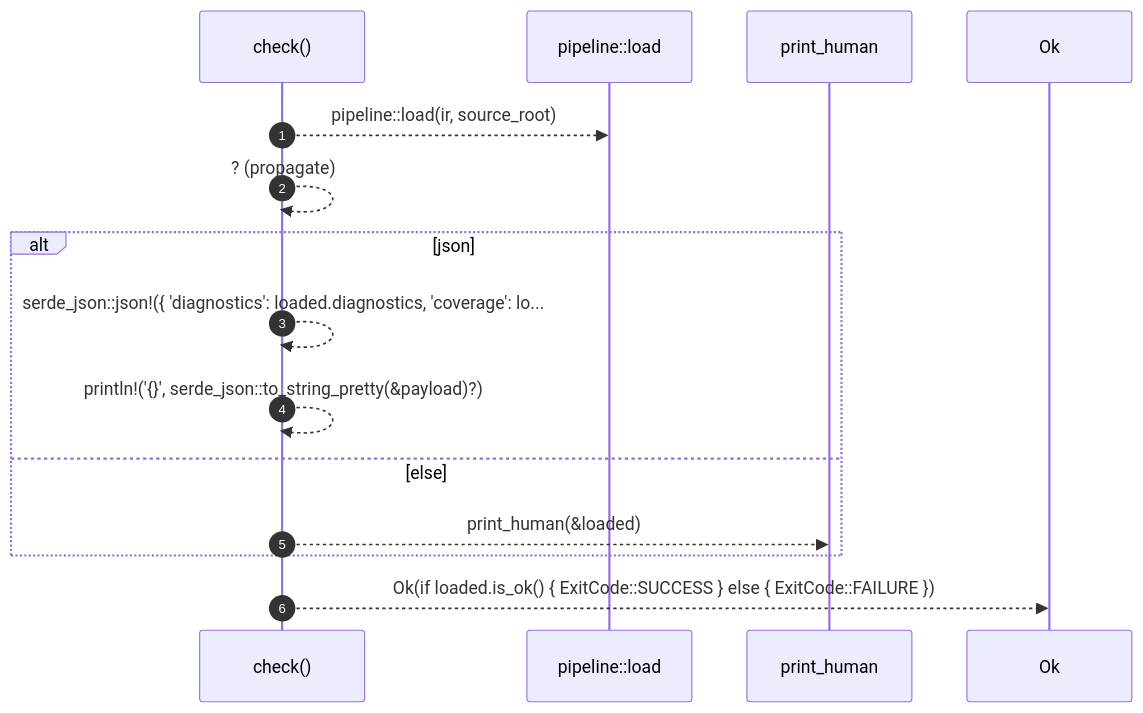
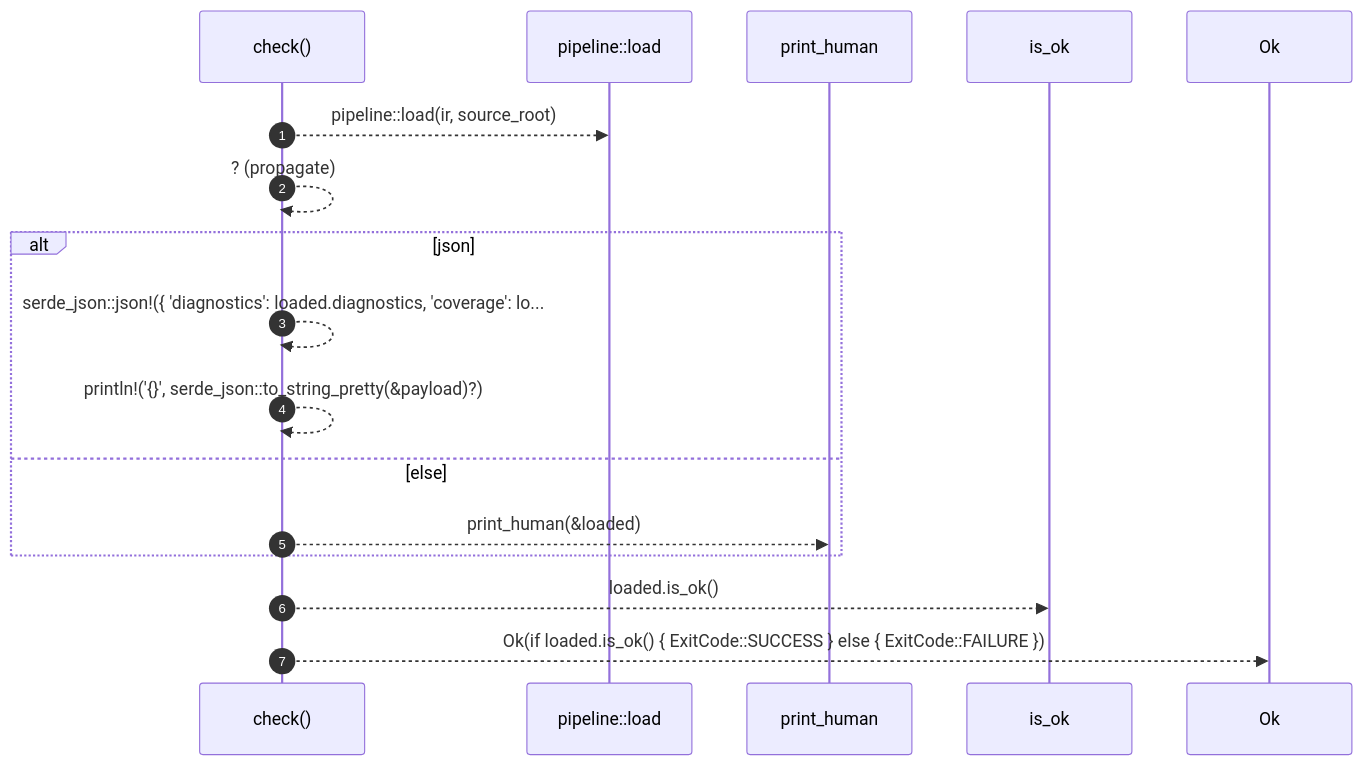
One commit to RyanGuild/self-describing-code changed the diagram in .robby/diagrams/seq-rust-robby-cli-check.mmd. Above: the diagram before and after it, drawn with Mermaid. The commit also changed 1404 other files, not shown here.

```diff
--- a/.robby/diagrams/seq-rust-robby-cli-check.mmd
+++ b/.robby/diagrams/seq-rust-robby-cli-check.mmd
@@ -1,15 +1,17 @@
 sequenceDiagram
     autonumber
     participant check as check()
     participant pipeline__load as pipeline::load
     participant print_human as print_human
+    participant is_ok as is_ok
     participant Ok as Ok
     check-->>pipeline__load: pipeline::load(ir, source_root)
     check-->>check: ? (propagate)
     alt json
     check-->>check: serde_json::json!({ 'diagnostics': loaded.diagnostics, 'coverage': lo...
     check-->>check: println!('{}', serde_json::to_string_pretty(&payload)?)
     else else
     check-->>print_human: print_human(&loaded)
     end
+    check-->>is_ok: loaded.is_ok()
     check-->>Ok: Ok(if loaded.is_ok() { ExitCode::SUCCESS } else { ExitCode::FAILURE })
```
